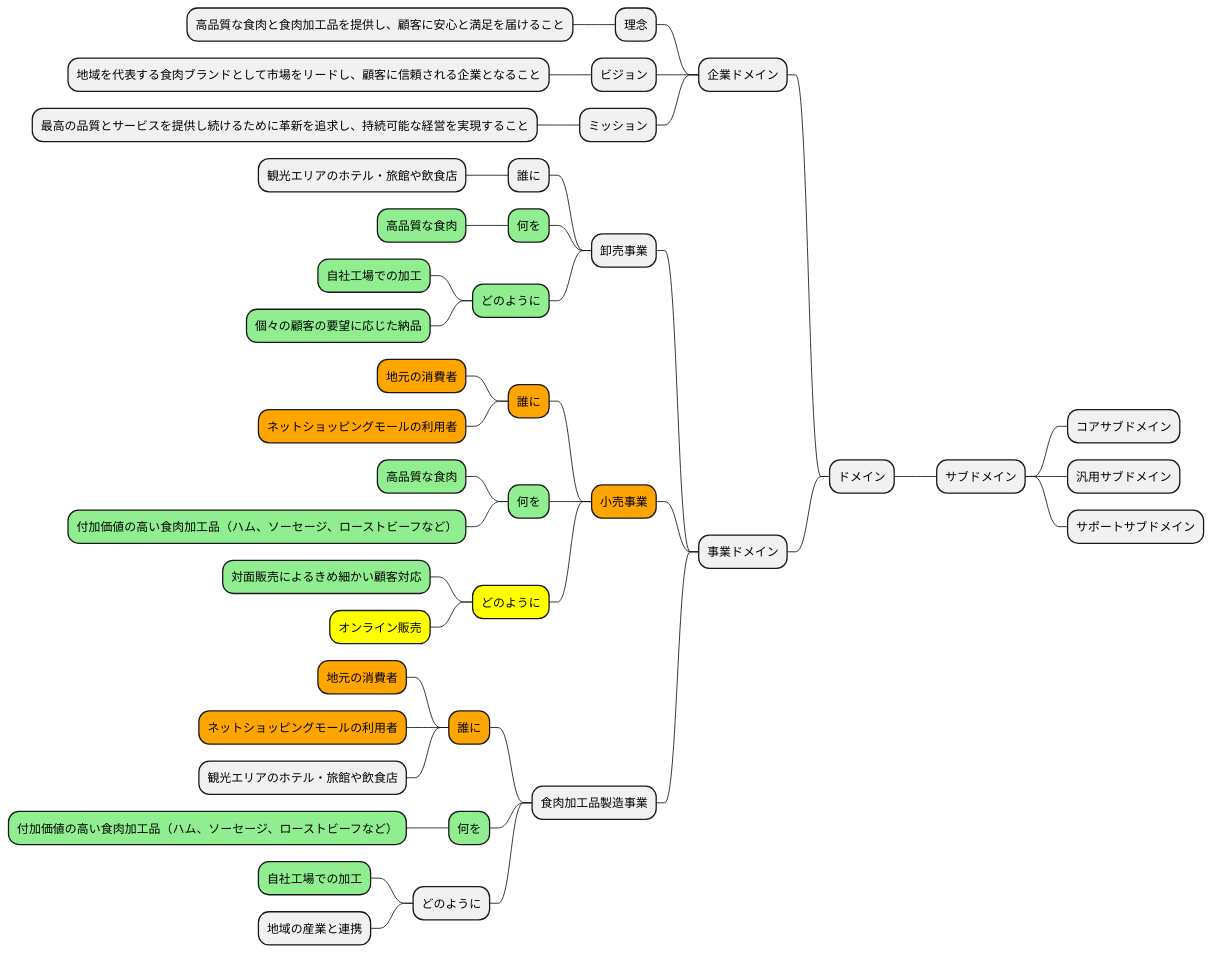
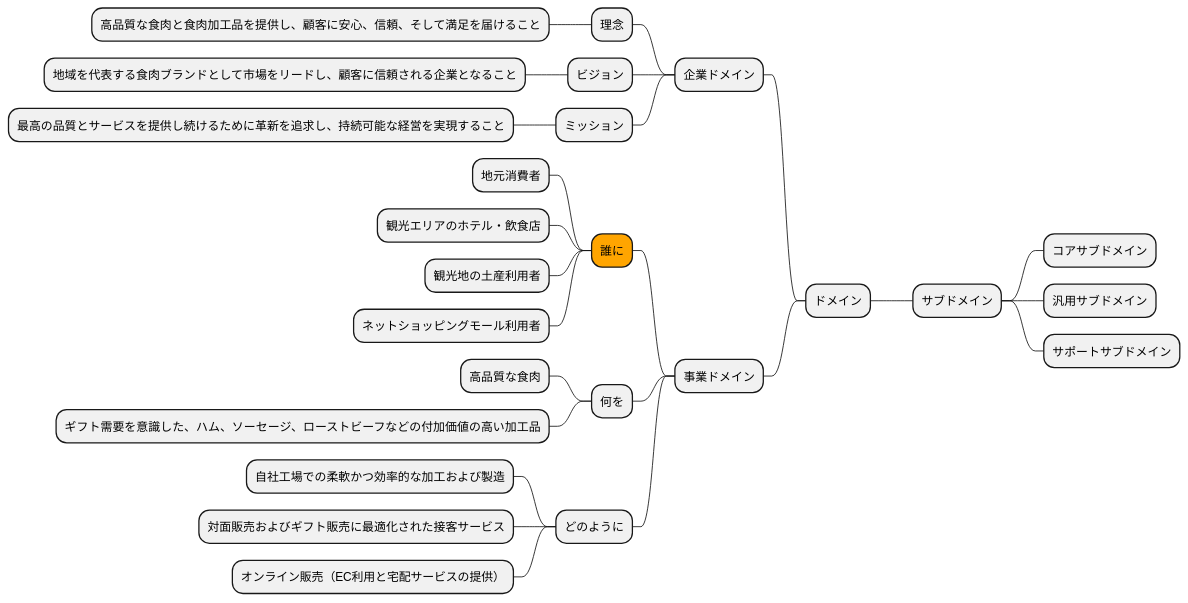
Before and after one commit to k2works/case-study-business-analysis: diagram 16 of 19 in docs/case/r04_case_2.adoc, drawn with PlantUML. The commit also changed other lines of this file, not shown here.

```diff
--- a/docs/case/r04_case_2.adoc
+++ b/docs/case/r04_case_2.adoc
@@ -1027,48 +1018,34 @@
 [plantuml]
 ----
 @startmindmap
 
 * ドメイン
--- 企業ドメイン
---- 理念
----- 高品質な食肉と食肉加工品を提供し、顧客に安心と満足を届けること
---- ビジョン
----- 地域を代表する食肉ブランドとして市場をリードし、顧客に信頼される企業となること
---- ミッション
----- 最高の品質とサービスを提供し続けるために革新を追求し、持続可能な経営を実現すること
--- 事業ドメイン
---- 卸売事業
----- 誰に
------ 観光エリアのホテル・旅館や飲食店
-----[#lightgreen] 何を
------[#lightgreen] 高品質な食肉
-----[#lightgreen] どのように
------[#lightgreen] 自社工場での加工
------[#lightgreen]  個々の顧客の要望に応じた納品
----[#orange] 小売事業
-----[#orange] 誰に
------[#orange] 地元の消費者
------[#orange] ネットショッピングモールの利用者
-----[#lightgreen] 何を
------[#lightgreen] 高品質な食肉
------[#lightgreen]  付加価値の高い食肉加工品（ハム、ソーセージ、ローストビーフなど）
-----[#yellow] どのように
------[#lightgreen]  対面販売によるきめ細かい顧客対応
------[#yellow] オンライン販売
---- 食肉加工品製造事業
-----[#orange] 誰に
------[#orange] 地元の消費者
------[#orange] ネットショッピングモールの利用者
------ 観光エリアのホテル・旅館や飲食店
-----[#lightgreen] 何を
------[#lightgreen] 付加価値の高い食肉加工品（ハム、ソーセージ、ローストビーフなど）
----- どのように
------[#lightgreen] 自社工場での加工
------ 地域の産業と連携
+left side
+** 企業ドメイン
+*** 理念
+**** 高品質な食肉と食肉加工品を提供し、顧客に安心、信頼、そして満足を届けること
+*** ビジョン
+**** 地域を代表する食肉ブランドとして市場をリードし、顧客に信頼される企業となること
+*** ミッション
+**** 最高の品質とサービスを提供し続けるために革新を追求し、持続可能な経営を実現すること
+** 事業ドメイン
+***[#orange] 誰に
+**** 地元消費者
+**** 観光エリアのホテル・飲食店
+**** 観光地の土産利用者
+**** ネットショッピングモール利用者
+*** 何を
+**** 高品質な食肉
+**** ギフト需要を意識した、ハム、ソーセージ、ローストビーフなどの付加価値の高い加工品
+*** どのように
+**** 自社工場での柔軟かつ効率的な加工および製造
+**** 対面販売およびギフト販売に最適化された接客サービス
+**** オンライン販売（EC利用と宅配サービスの提供）
+right side
 ** サブドメイン
 *** コアサブドメイン
 *** 汎用サブドメイン
 *** サポートサブドメイン
 
 @endmindmap
 ----
```
